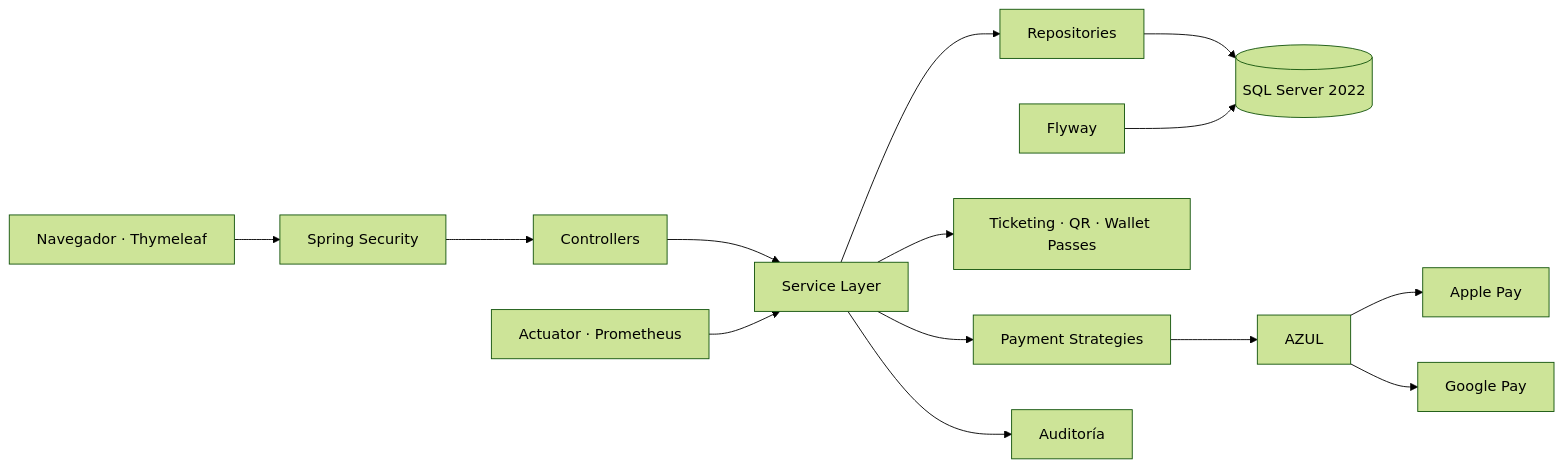
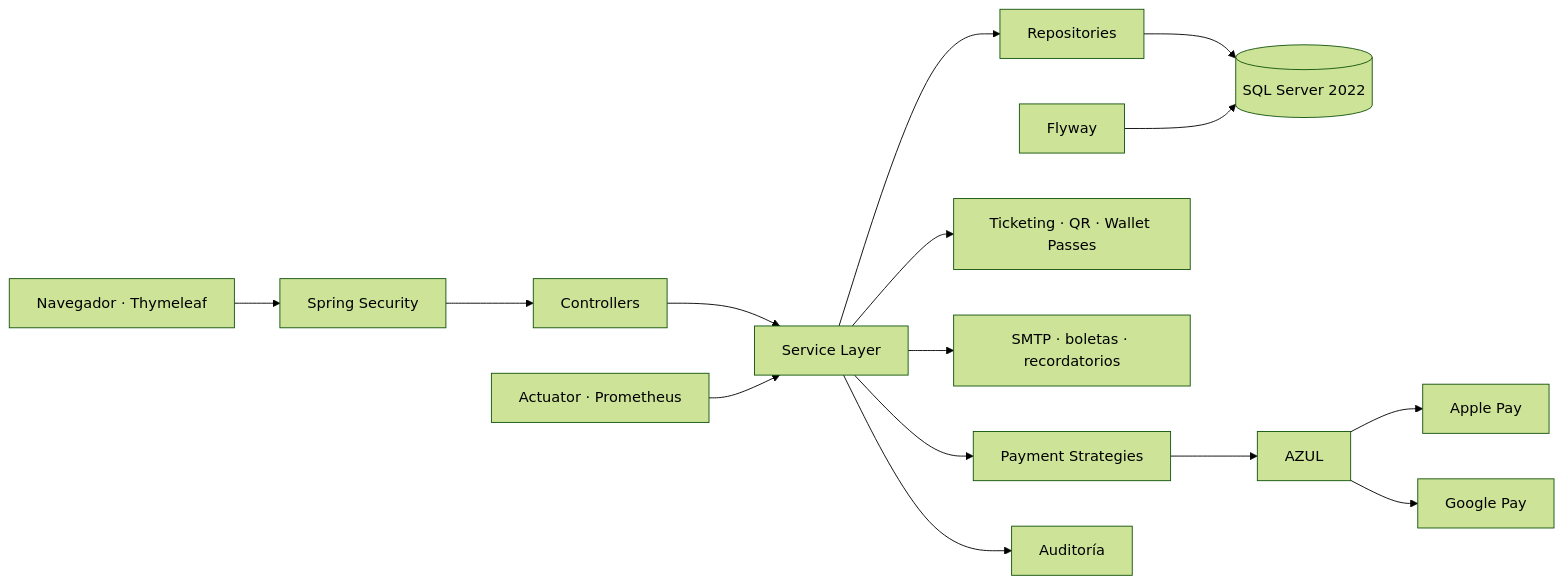
Before and after one commit to Jairo0811/Eventix: the diagram in README.md, drawn with Mermaid (forest theme). The commit also changed other lines of this file and 30 other files, not shown here.

````diff
--- a/README.md
+++ b/README.md
@@ -291,16 +314,17 @@
 ```mermaid
 flowchart LR
     Browser["Navegador · Thymeleaf"] --> Security["Spring Security"]
     Security --> Controller["Controllers"]
     Controller --> Service["Service Layer"]
     Service --> Repository["Repositories"]
     Repository --> Database[(SQL Server 2022)]
     Service --> Payments["Payment Strategies"]
     Payments --> Azul["AZUL"]
     Azul --> ApplePay["Apple Pay"]
     Azul --> GooglePay["Google Pay"]
     Service --> Ticketing["Ticketing · QR · Wallet Passes"]
+    Service --> Notifications["SMTP · boletas · recordatorios"]
     Flyway["Flyway"] --> Database
     Metrics["Actuator · Prometheus"] --> Service
     Service --> Audit["Auditoría"]
 ```
````
